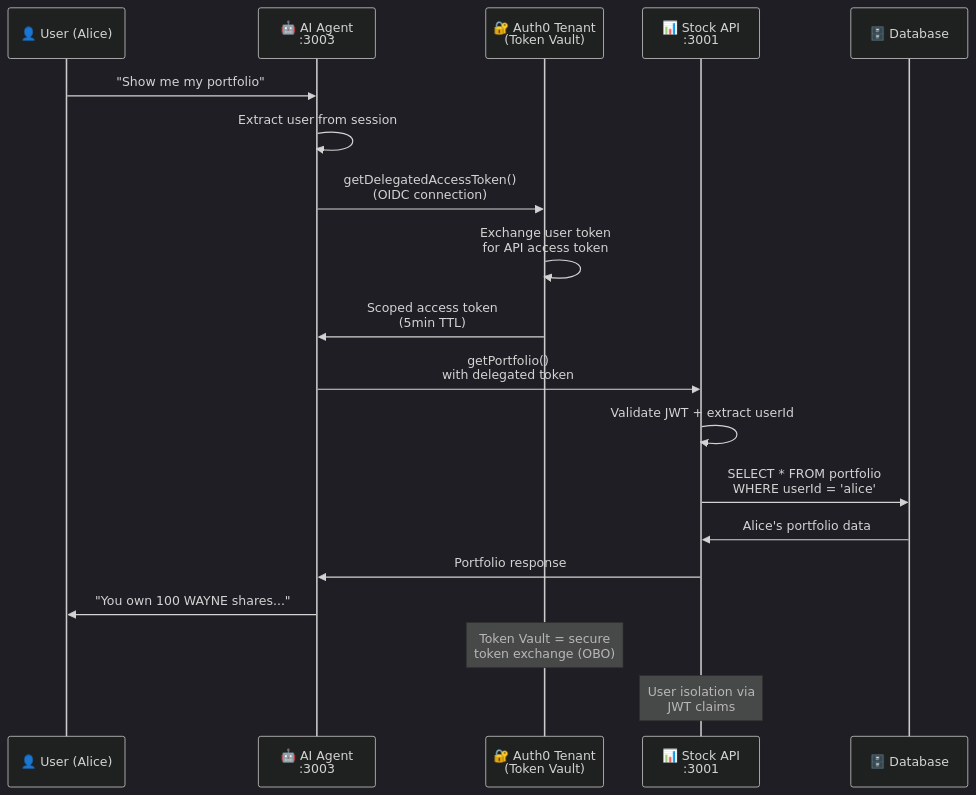
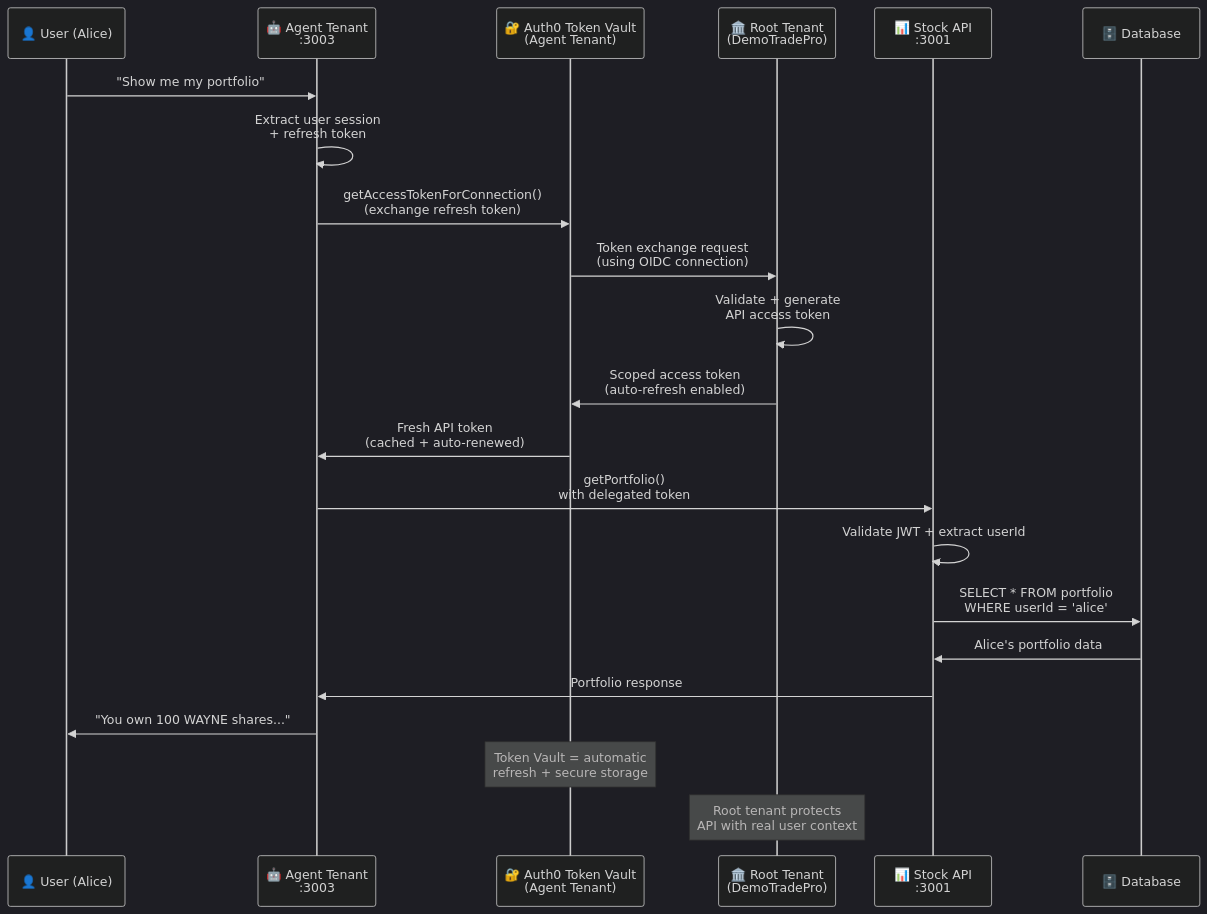
The diagram in apps/docs/app/add-authenticated-tools/page.mdx (priley86/demo-trade-pro-public), drawn with Mermaid (dark theme) before and after one commit. The commit also changed other lines of this file and 14 other files, not shown here.

````diff
--- a/apps/docs/app/add-authenticated-tools/page.mdx
+++ b/apps/docs/app/add-authenticated-tools/page.mdx
@@ -8,23 +8,26 @@
 ```mermaid
 sequenceDiagram
     participant User as 👤 User (Alice)
-    participant Agent as 🤖 AI Agent<br/>:3003
-    participant Auth0 as 🔐 Auth0 Tenant<br/>(Token Vault)
+    participant Agent as 🤖 Agent Tenant<br/>:3003
+    participant Vault as 🔐 Auth0 Token Vault<br/>(Agent Tenant)
+    participant Root as 🏛️ Root Tenant<br/>(DemoTradePro)
     participant API as 📊 Stock API<br/>:3001
     participant DB as 🗄️ Database
     
     User->>Agent: "Show me my portfolio"
-    Agent->>Agent: Extract user from session
-    Agent->>Auth0: getDelegatedAccessToken()<br/>(OIDC connection)
-    Auth0->>Auth0: Exchange user token<br/>for API access token
-    Auth0->>Agent: Scoped access token<br/>(5min TTL)
+    Agent->>Agent: Extract user session<br/>+ refresh token
+    Agent->>Vault: getAccessTokenForConnection()<br/>(exchange refresh token)
+    Vault->>Root: Token exchange request<br/>(using OIDC connection)
+    Root->>Root: Validate + generate<br/>API access token
+    Root->>Vault: Scoped access token<br/>(auto-refresh enabled)
+    Vault->>Agent: Fresh API token<br/>(cached + auto-renewed)
     Agent->>API: getPortfolio()<br/>with delegated token
     API->>API: Validate JWT + extract userId
     API->>DB: SELECT * FROM portfolio<br/>WHERE userId = 'alice'
     DB->>API: Alice's portfolio data
     API->>Agent: Portfolio response
     Agent->>User: "You own 100 WAYNE shares..."
     
-    Note over Auth0: Token Vault = secure<br/>token exchange (OBO)
-    Note over API: User isolation via<br/>JWT claims
+    Note over Vault: Token Vault = automatic<br/>refresh + secure storage
+    Note over Root: Root tenant protects<br/>API with real user context
 ```
````
